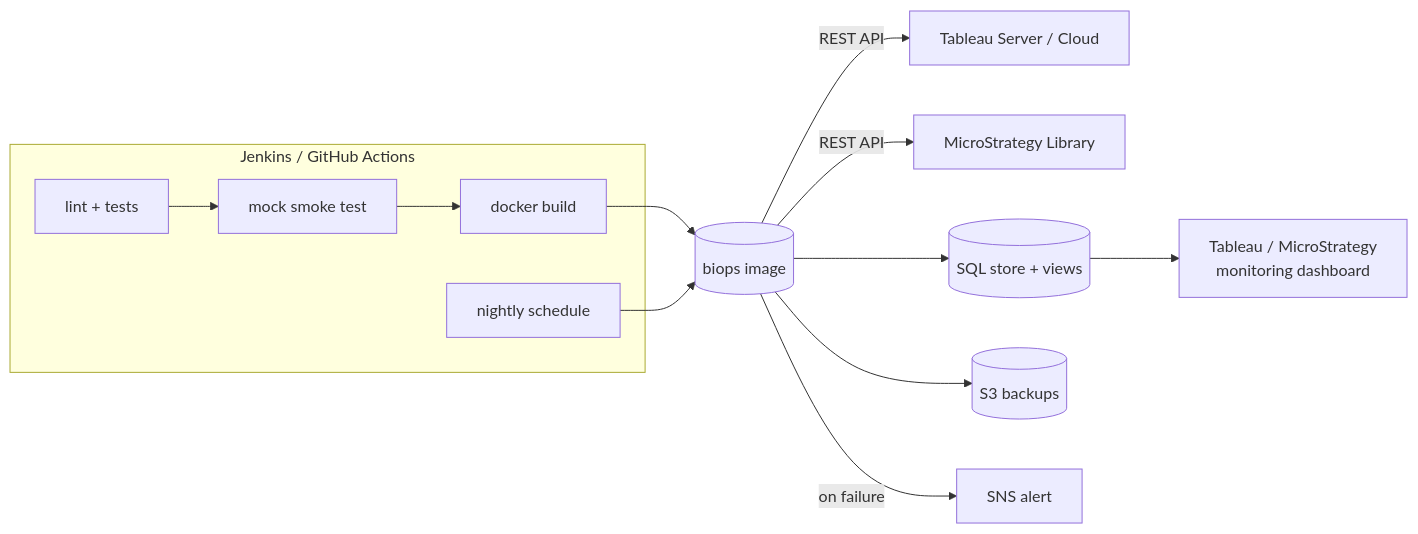
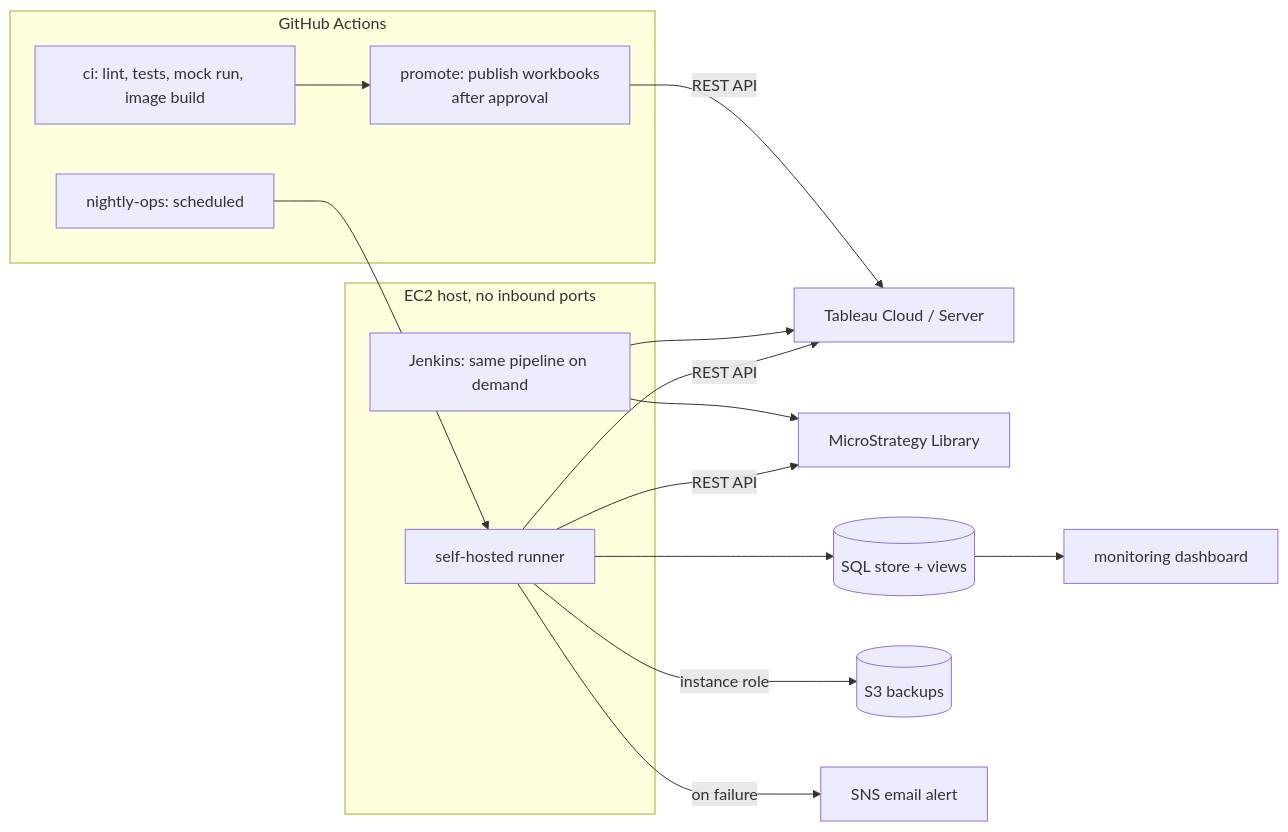
Before and after one commit to samuelomofomah/bi-platform-ops: the diagram in README.md, drawn with Mermaid. The commit also changed other lines of this file, not shown here.

````diff
--- a/README.md
+++ b/README.md
@@ -17,15 +18,21 @@
 ```mermaid
 flowchart LR
-    subgraph CI["Jenkins / GitHub Actions"]
-        A[lint + tests] --> B[mock smoke test] --> C[docker build]
-        N[nightly schedule]
+    subgraph GH["GitHub Actions"]
+        A[ci: lint, tests, mock run, image build] --> P[promote: publish workbooks<br/>after approval]
+        N[nightly-ops: scheduled]
     end
-    C --> IMG[(biops image)]
-    N --> IMG
-    IMG -->|REST API| T[Tableau Server / Cloud]
-    IMG -->|REST API| M[MicroStrategy Library]
-    IMG --> DB[(SQL store + views)]
-    IMG --> S3[(S3 backups)]
-    IMG -->|on failure| SNS[SNS alert]
-    DB --> DASH[Tableau / MicroStrategy<br/>monitoring dashboard]
+    subgraph EC2["EC2 host, no inbound ports"]
+        R[self-hosted runner]
+        J[Jenkins: same pipeline on demand]
+    end
+    N --> R
+    R -->|REST API| T[Tableau Cloud / Server]
+    R -->|REST API| M[MicroStrategy Library]
+    J --> T
+    J --> M
+    P -->|REST API| T
+    R --> DB[(SQL store + views)]
+    R -->|instance role| S3[(S3 backups)]
+    R -->|on failure| SNS[SNS email alert]
+    DB --> DASH[monitoring dashboard]
 ```
````
